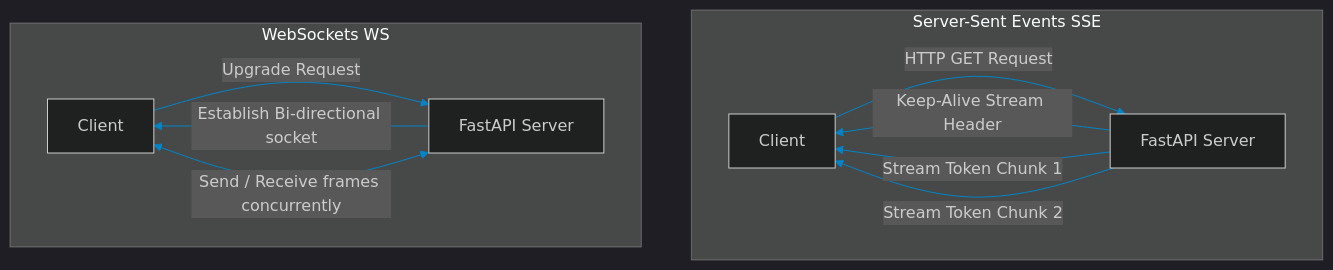
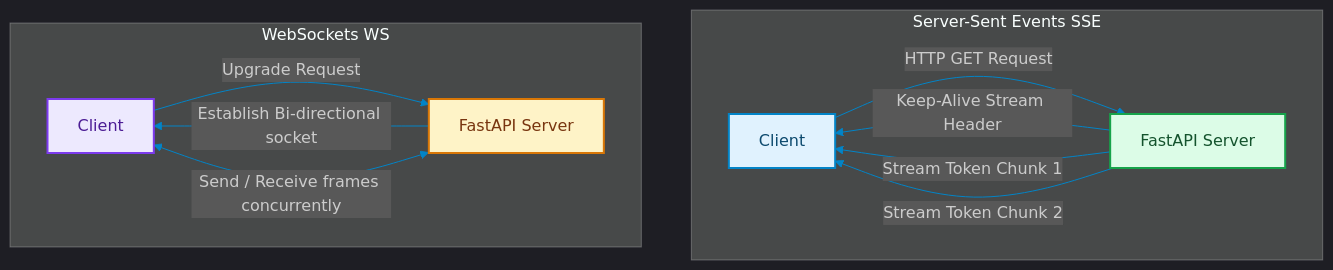
The diagram in blog/posts/gateway-sse-vs-websockets-real-time-streaming.md (akmalkhaniub/akmalkhaniub.github.io), drawn with Mermaid before and after one commit. The commit also changed other lines of this file and 1291 other files, not shown here.

First line of the commit message:
feat(catalog): unique covers, scholarly references, and diagram palettes

````diff
--- a/blog/posts/gateway-sse-vs-websockets-real-time-streaming.md
+++ b/blog/posts/gateway-sse-vs-websockets-real-time-streaming.md
@@ -16,16 +16,26 @@
 ```mermaid
 %%{init: {'theme': 'dark', 'themeVariables': { 'primaryColor': '#0284c7', 'primaryTextColor': '#f3f4f6', 'primaryBorderColor': '#38bdf8', 'lineColor': '#0284c7', 'secondaryColor': '#111827', 'tertiaryColor': '#0b0f19'}}}%%
 flowchart TD
     subgraph SG1_ServerSentEvents ["Server-Sent Events SSE"]
-        Client1[Client] -->|HTTP GET Request| Server1[FastAPI Server]
+        Client1["Client"] -->|HTTP GET Request| Server1["FastAPI Server"]
         Server1 -->|Keep-Alive Stream Header| Client1
         Server1 -->|Stream Token Chunk 1| Client1
         Server1 -->|Stream Token Chunk 2| Client1
     end
     
     subgraph SG2_WebsocketsWs ["WebSockets WS"]
-        Client2[Client] -->|Upgrade Request| Server2[FastAPI Server]
+        Client2["Client"] -->|Upgrade Request| Server2["FastAPI Server"]
         Server2 -->|Establish Bi-directional socket| Client2
         Server2 <-->|Send / Receive frames concurrently| Client2
     end
+
+classDef green fill:#dcfce7,stroke:#16a34a,stroke-width:2px,color:#14532d;
+classDef red fill:#fee2e2,stroke:#dc2626,stroke-width:2px,color:#7f1d1d;
+classDef blue fill:#e0f2fe,stroke:#0284c7,stroke-width:2px,color:#0c4a6e;
+classDef yellow fill:#fef3c7,stroke:#d97706,stroke-width:2px,color:#78350f;
+classDef purple fill:#ede9fe,stroke:#7c3aed,stroke-width:2px,color:#4c1d95;
+class Client1 blue
+class Server1 green
+class Client2 purple
+class Server2 yellow
 ```
````
